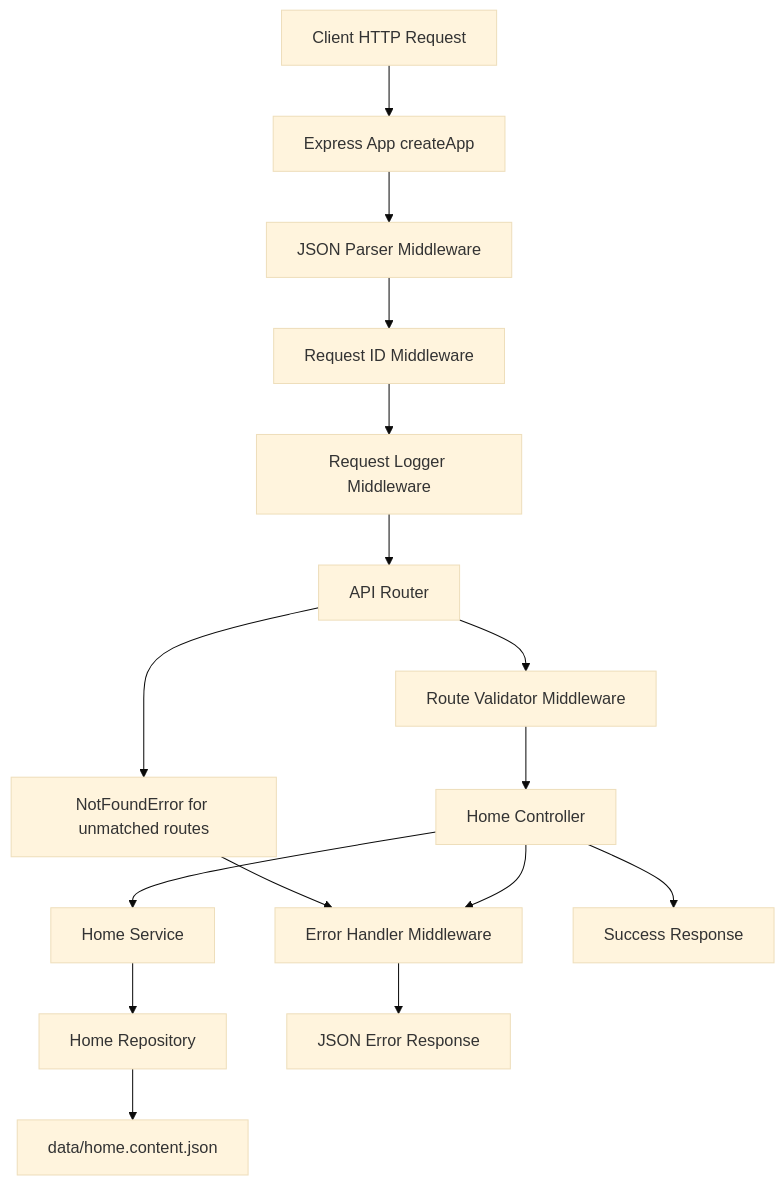
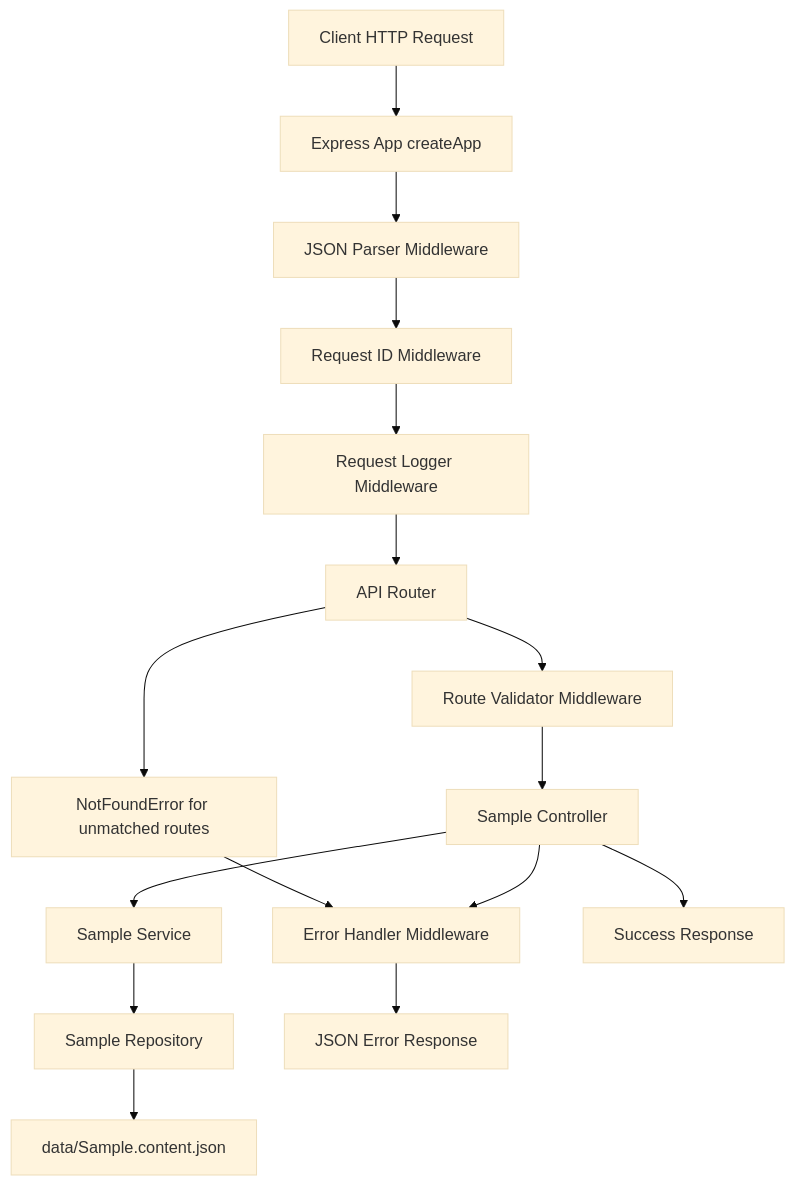
The second of 2 diagrams in project/ADD.md (AlbertoBasalo/express2026), drawn with Mermaid (base theme) before and after one commit. The commit also changed other lines of this file and 3 other files, not shown here.

````diff
--- a/project/ADD.md
+++ b/project/ADD.md
@@ -55,18 +57,18 @@
 ```mermaid
 flowchart TD
     A[Client HTTP Request] --> B[Express App createApp]
     B --> C[JSON Parser Middleware]
     C --> D[Request ID Middleware]
     D --> E[Request Logger Middleware]
     E --> F[API Router]
     F --> G[Route Validator Middleware]
-    G --> H[Home Controller]
-    H --> I[Home Service]
-    I --> J[Home Repository]
-    J --> K[data/home.content.json]
+    G --> H[Sample Controller]
+    H --> I[Sample Service]
+    I --> J[Sample Repository]
+    J --> K[data/Sample.content.json]
     F --> L[NotFoundError for unmatched routes]
     L --> M[Error Handler Middleware]
     H --> M
     M --> N[JSON Error Response]
     H --> O[Success Response]
 ```
````
